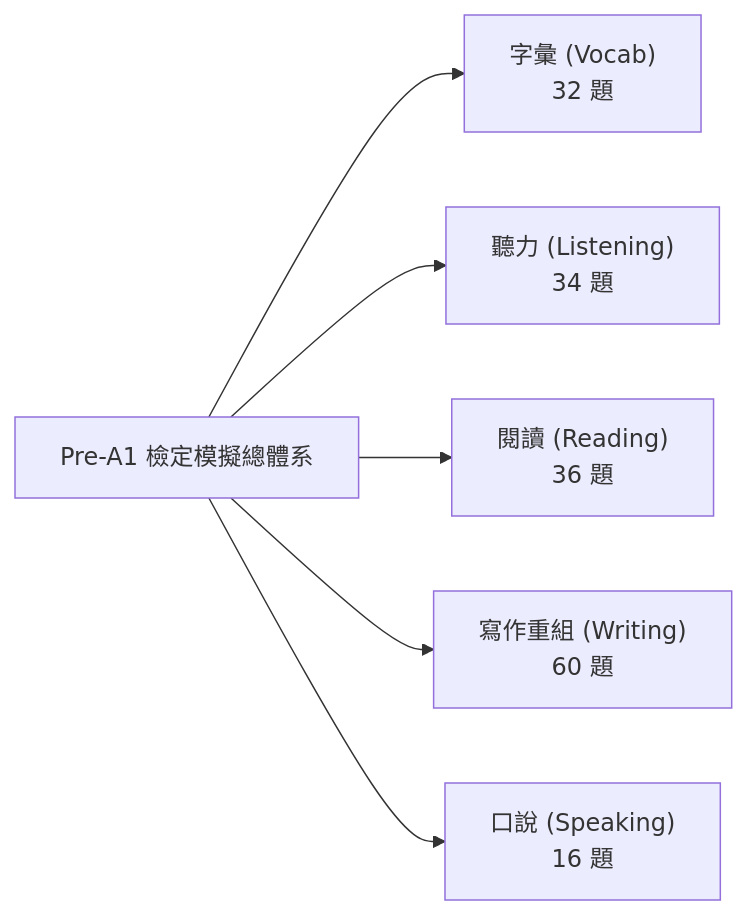
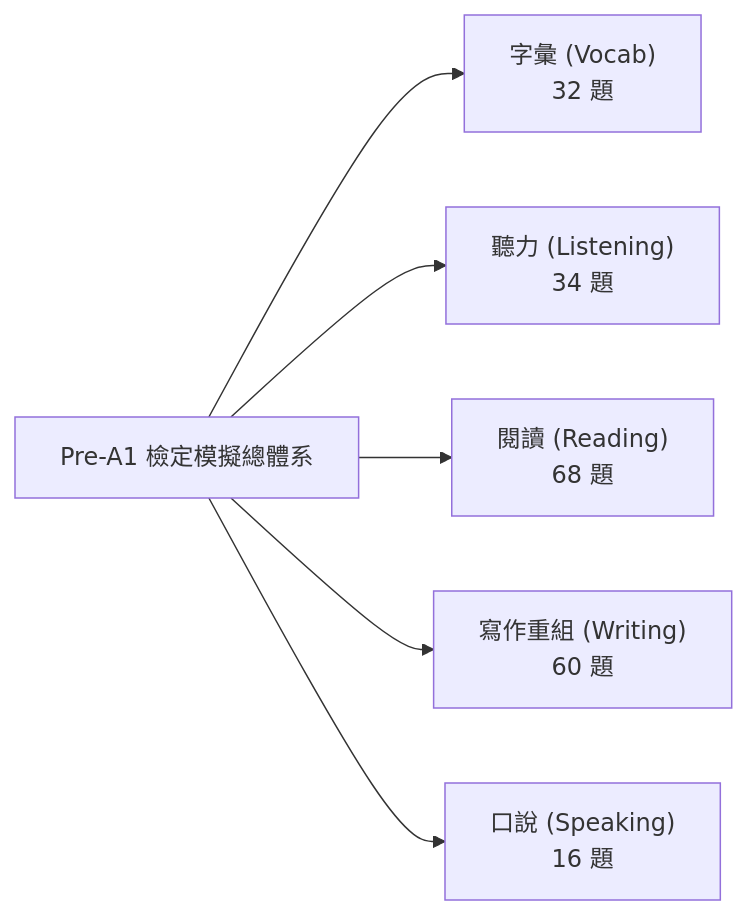
One commit to u864001/wutaivocab changed the diagram in docs/exam/TME_PRE_A1_EXAM_SPEC_AND_GUIDE.md. Above: the diagram before and after it, drawn with Mermaid. The commit also changed other lines of this file and 9 other files, not shown here.

````diff
--- a/docs/exam/TME_PRE_A1_EXAM_SPEC_AND_GUIDE.md
+++ b/docs/exam/TME_PRE_A1_EXAM_SPEC_AND_GUIDE.md
@@ -12,8 +12,8 @@
 ```mermaid
 flowchart LR
     A["Pre-A1 檢定模擬總體系"] --> B["字彙 (Vocab)<br/>32 題"]
     A --> C["聽力 (Listening)<br/>34 題"]
-    A --> D["閱讀 (Reading)<br/>36 題"]
+    A --> D["閱讀 (Reading)<br/>68 題"]
     A --> E["寫作重組 (Writing)<br/>60 題"]
     A --> F["口說 (Speaking)<br/>16 題"]
 ```
````
